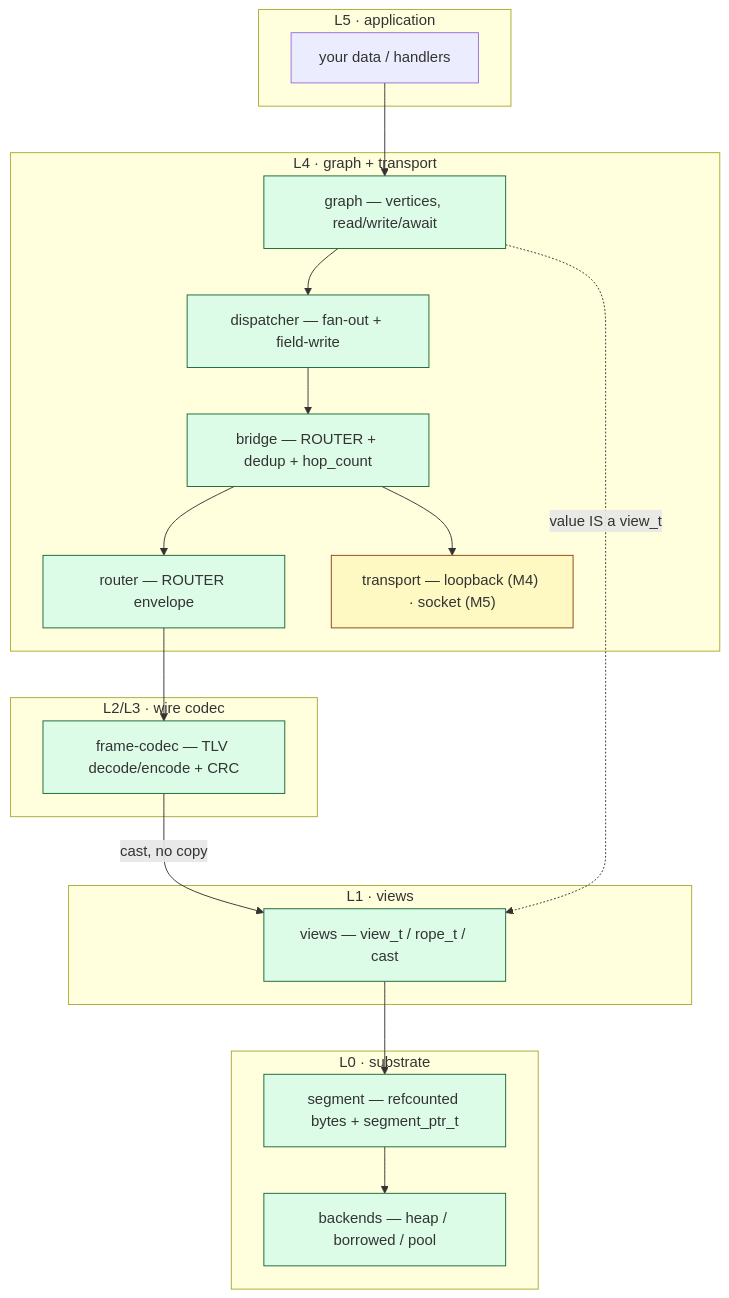
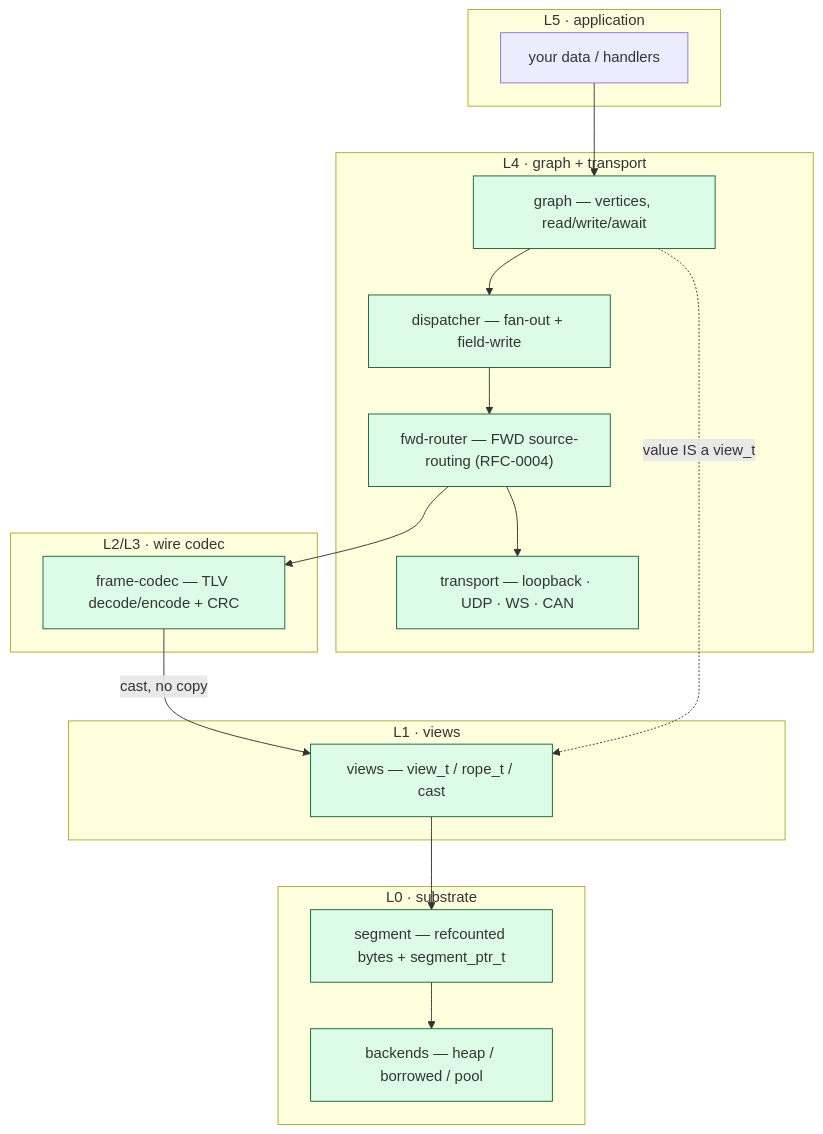
Before and after one commit to avatarsd-llc/libtracer: the diagram in docs/modules/index.md, drawn with Mermaid. The commit also changed other lines of this file and 6 other files, not shown here.

First line of the commit message:
docs: remove the retired bridge/router module pages from published Pages (ADR-0040)

````diff
--- a/docs/modules/index.md
+++ b/docs/modules/index.md
@@ -12,35 +12,32 @@
 ```{mermaid}
 flowchart TB
     subgraph L5["L5 · application"]
         APP[your data / handlers]
     end
     subgraph L4["L4 · graph + transport"]
         GRAPH["graph — vertices, read/write/await"]
         DISP["dispatcher — fan-out + field-write"]
-        BRIDGE["bridge — ROUTER + dedup + hop_count"]
-        TRANSPORT["transport — loopback (M4) · socket (M5)"]
-        ROUTER["router — ROUTER envelope"]
+        FWD["fwd-router — FWD source-routing (RFC-0004)"]
+        TRANSPORT["transport — loopback · UDP · WS · CAN"]
     end
     subgraph L23["L2/L3 · wire codec"]
         FRAME["frame-codec — TLV decode/encode + CRC"]
     end
     subgraph L1["L1 · views"]
         VIEWS["views — view_t / rope_t / cast"]
     end
     subgraph L0["L0 · substrate"]
         SEG["segment — refcounted bytes + segment_ptr_t"]
         BACK["backends — heap / borrowed / pool"]
     end
 
     APP --> GRAPH
-    GRAPH --> DISP --> BRIDGE
-    BRIDGE --> ROUTER --> FRAME
-    BRIDGE --> TRANSPORT
+    GRAPH --> DISP --> FWD
+    FWD --> FRAME
+    FWD --> TRANSPORT
     GRAPH -. "value IS a view_t" .-> VIEWS
     FRAME -- "cast, no copy" --> VIEWS
     VIEWS --> SEG --> BACK
     classDef done fill:#dcfce7,stroke:#166534;
-    classDef next fill:#fef9c3,stroke:#92400e;
-    class FRAME,VIEWS,SEG,BACK,GRAPH,DISP,BRIDGE,ROUTER done;
-    class TRANSPORT next;
+    class FRAME,VIEWS,SEG,BACK,GRAPH,DISP,FWD,TRANSPORT done;
 ```
````
